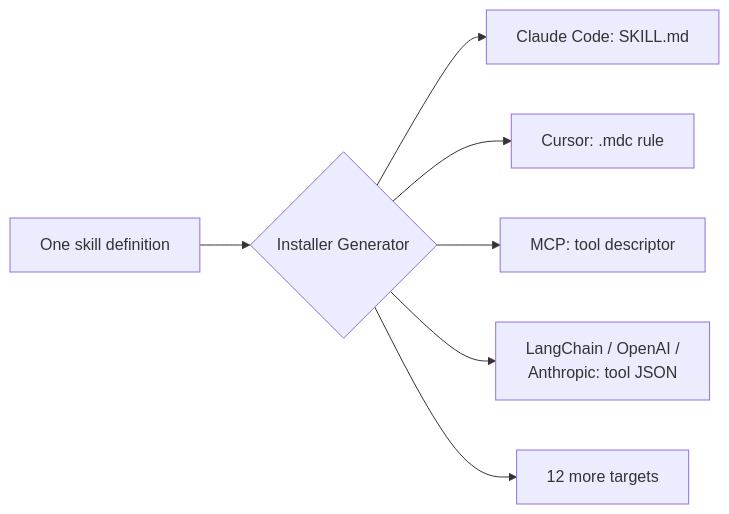
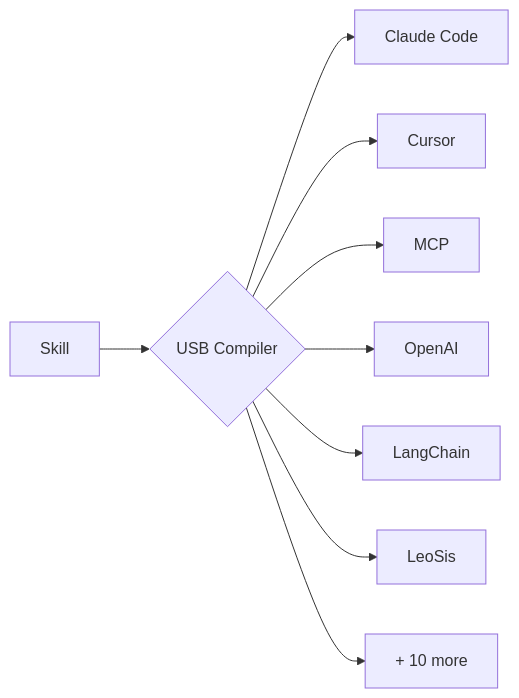
Before and after one commit to PeepSick/usb: the diagram in README.md, drawn with Mermaid. The commit also changed other lines of this file, not shown here.

First line of the commit message:
Restructure README: landing page flow, not documentation

````diff
--- a/README.md
+++ b/README.md
@@ -189,9 +87,11 @@
 ```mermaid
 flowchart LR
-    S[One skill definition] --> R{Installer Generator}
-    R --> T1[Claude Code: SKILL.md]
-    R --> T2[Cursor: .mdc rule]
-    R --> T3[MCP: tool descriptor]
-    R --> T4[LangChain / OpenAI /<br>Anthropic: tool JSON]
-    R --> T5[12 more targets]
+    S[Skill] --> C{USB Compiler}
+    C --> R1[Claude Code]
+    C --> R2[Cursor]
+    C --> R3[MCP]
+    C --> R4[OpenAI]
+    C --> R5[LangChain]
+    C --> R6[LeoSis]
+    C --> R7[+ 10 more]
 ```
````
